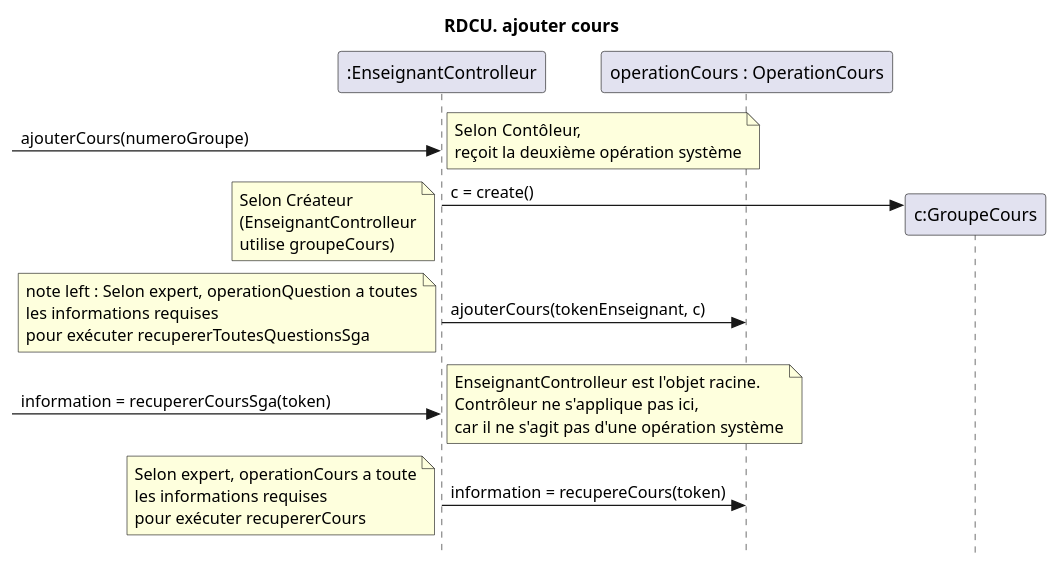
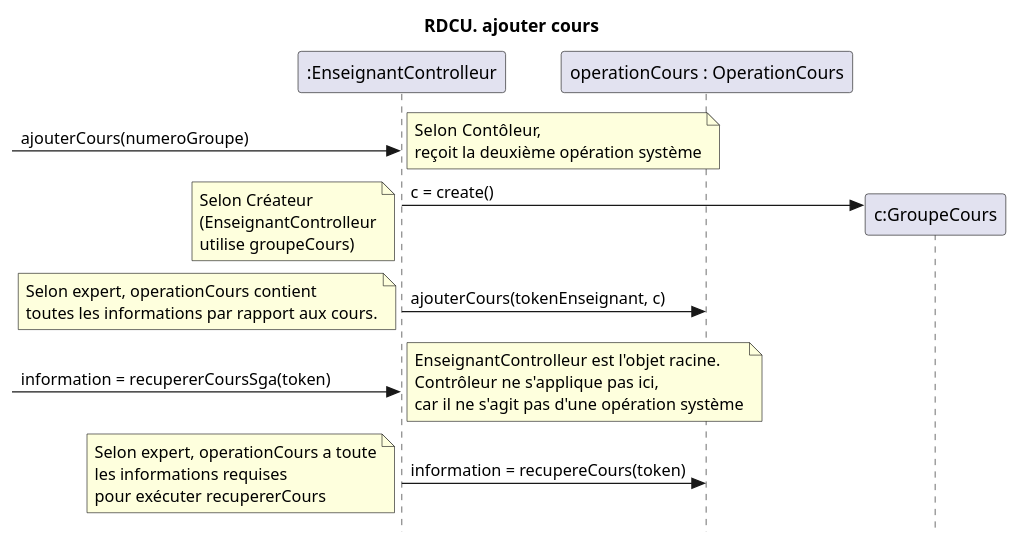
One commit to nerdz88/SGA-TS changed the diagram in docs/Ajouter cours/RDCU_ajouterCours.puml. Above: the diagram before and after it, drawn with PlantUML. The commit also changed 24 other files, not shown here.

```diff
--- a/docs/Ajouter cours/RDCU_ajouterCours.puml
+++ b/docs/Ajouter cours/RDCU_ajouterCours.puml
@@ -1,20 +1,20 @@
 @startuml creerNouveauCours
 skinparam style strictuml
 skinparam defaultfontname Verdana
 title RDCU. ajouter cours
 participant ":EnseignantControlleur" as sga
 participant "operationCours : OperationCours" as map
 participant "c:GroupeCours" as cours
 
 -> sga : ajouterCours(numeroGroupe)
  note left : Selon Contôleur,\nreçoit la deuxième opération système
   create cours
   sga->cours : c = create()
   note left : Selon Créateur\n(EnseignantControlleur\nutilise groupeCours)
   sga->map : ajouterCours(tokenEnseignant, c)
-  note left : note left : Selon expert, operationQuestion a toutes\nles informations requises\npour exécuter recupererToutesQuestionsSga
+  note left : Selon expert, operationCours contient\ntoutes les informations par rapport aux cours.
   -> sga : information = recupererCoursSga(token)
   note left : EnseignantControlleur est l'objet racine.\nContrôleur ne s'applique pas ici,\ncar il ne s'agit pas d'une opération système
   sga -> map : information = recupereCours(token)
   note left : Selon expert, operationCours a toute\nles informations requises\npour exécuter recupererCours
   @enduml
```
